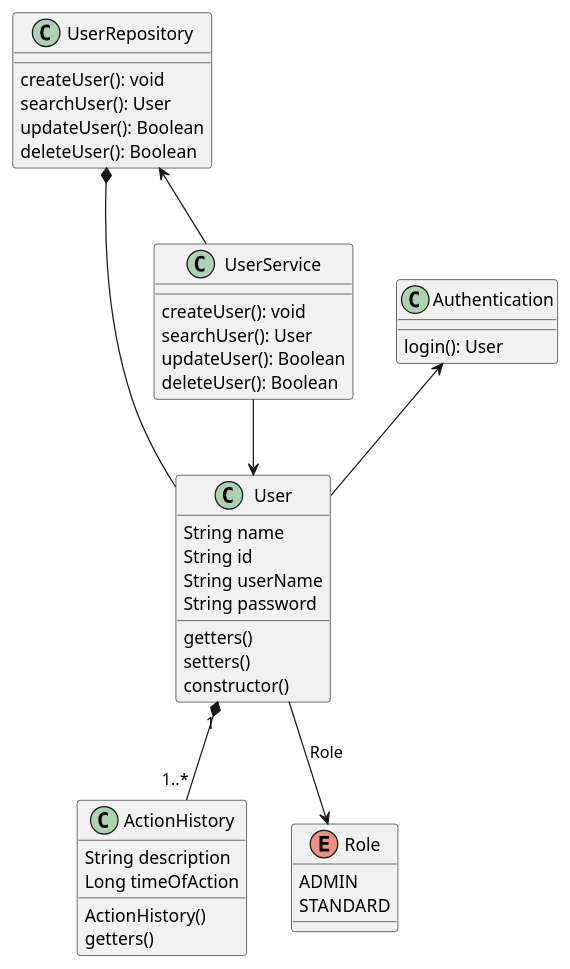
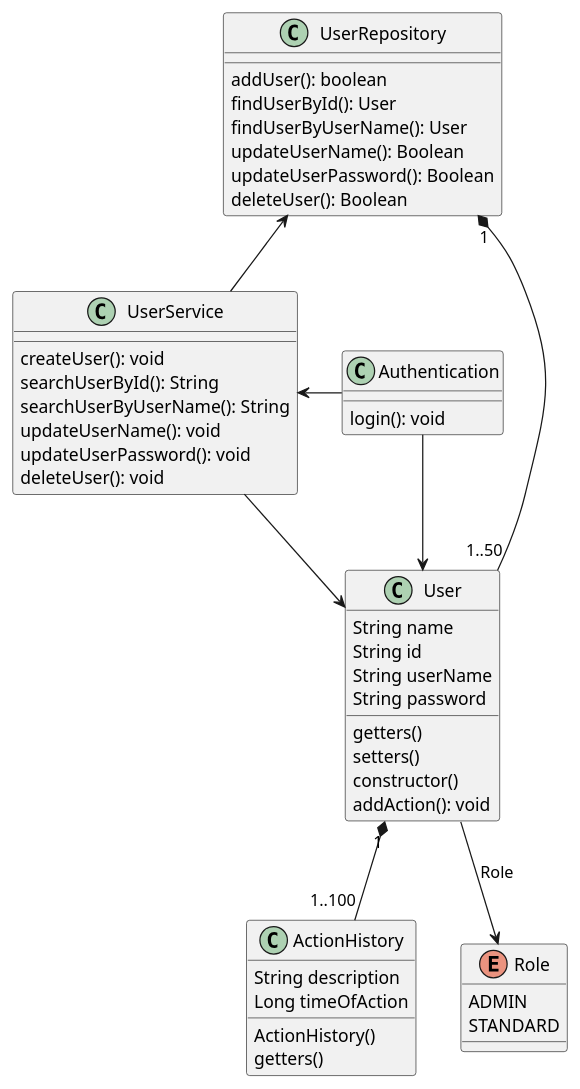
Before and after one commit to juanse217/client_management_system: the diagram in src/main/java/com/client_management/uml/client_management_system.wsd, drawn with PlantUML. The commit also changed 9 other files, not shown here.

```diff
--- a/src/main/java/com/client_management/uml/client_management_system.wsd
+++ b/src/main/java/com/client_management/uml/client_management_system.wsd
@@ -1,58 +1,64 @@
 @startuml client_management_system
 
 'modelos'
 
 class User{
     String name
     String id
     String userName
     String password
 
     getters()
     setters()
     constructor()
+    addAction(): void
 }
 
 class ActionHistory{
     String description
     Long timeOfAction
 
     ActionHistory()
     getters()
 }
 
 enum Role{
     ADMIN
     STANDARD
 }
 
 'Repositorio' 
 class UserRepository{
-    createUser(): void
-    searchUser(): User
-    updateUser(): Boolean
+    addUser(): boolean
+    findUserById(): User
+    findUserByUserName(): User
+    updateUserName(): Boolean
+    updateUserPassword(): Boolean
     deleteUser(): Boolean
 }
 
 'service'
 class UserService{
     createUser(): void
-    searchUser(): User
-    updateUser(): Boolean
-    deleteUser(): Boolean
+    searchUserById(): String
+    searchUserByUserName(): String
+    updateUserName(): void
+    updateUserPassword(): void
+    deleteUser(): void
 }
 
 class Authentication{
-    login(): User
+    login(): void
 }
 
 
 'relaciones'
 User --> Role: Role
-User "1" *-- "1..*" ActionHistory
-Authentication <-- User
-UserService --> User
-UserRepository *-- User
+User "1" *-- "1..100" ActionHistory
+Authentication -left-> UserService
+Authentication --> User
+UserService -right-> User
+UserRepository "1" *-- "1..50"User
 UserRepository <-- UserService
 
 @enduml
```
